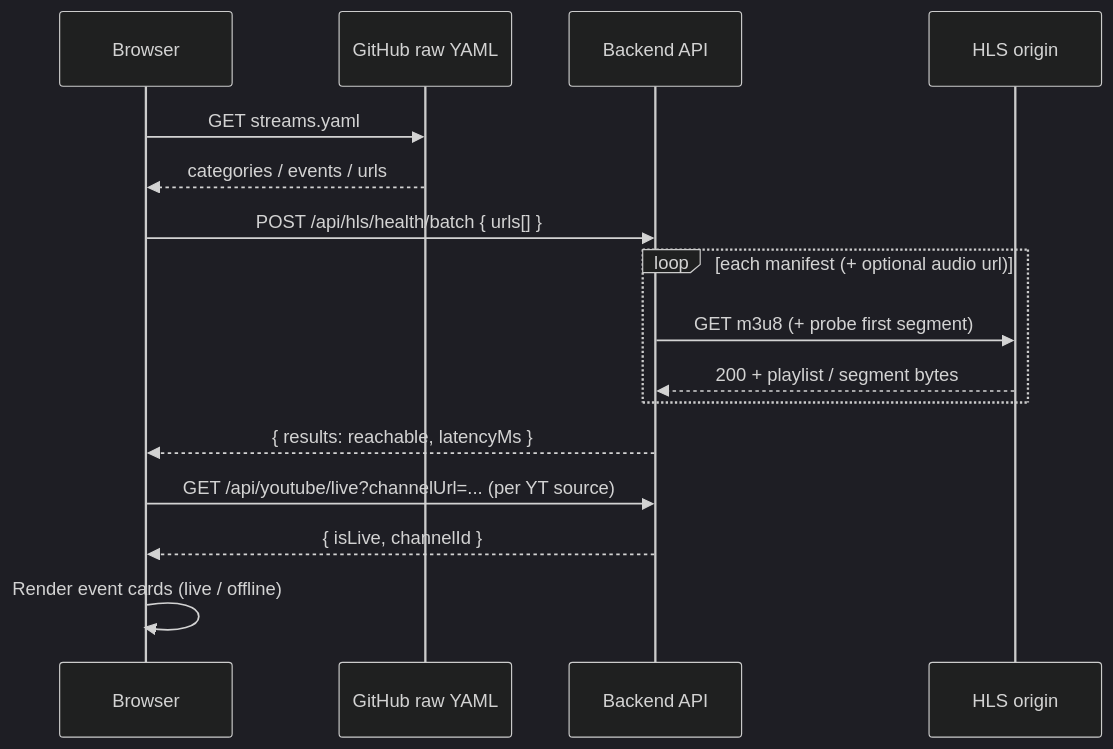
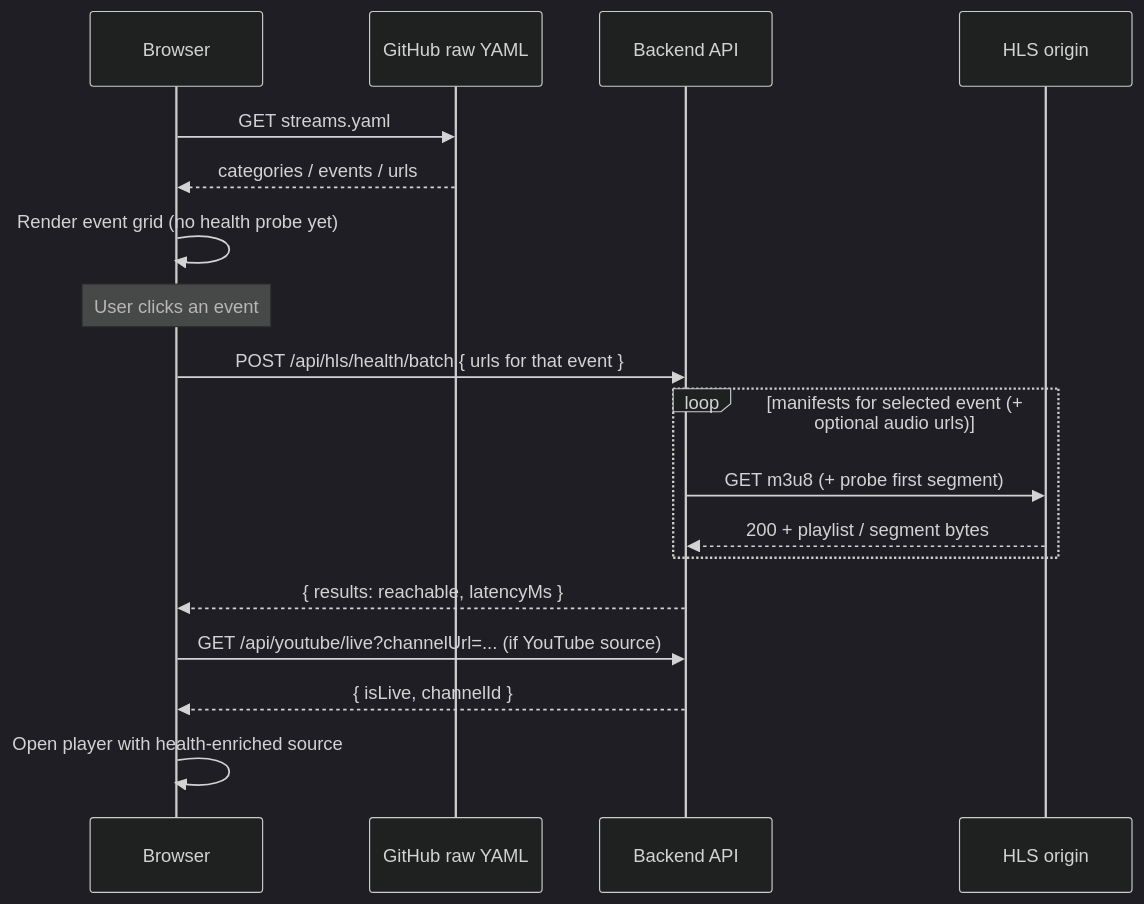
One commit to tejasvi-mehra/live-stream-aggregator changed the second of 3 diagrams in README.md. Above: the diagram before and after it, drawn with Mermaid (dark theme). The commit also changed other lines of this file and 2 other files, not shown here.

First line of the commit message:
docs: add live demo script and drop self-hosted ingest

````diff
--- a/README.md
+++ b/README.md
@@ -96,19 +100,21 @@
 ```mermaid
 sequenceDiagram
   participant Browser
   participant GitHub as GitHub raw YAML
   participant API as Backend API
   participant Origin as HLS origin
 
   Browser->>GitHub: GET streams.yaml
   GitHub-->>Browser: categories / events / urls
-  Browser->>API: POST /api/hls/health/batch { urls[] }
-  loop each manifest (+ optional audio url)
+  Browser->>Browser: Render event grid (no health probe yet)
+  Note over Browser: User clicks an event
+  Browser->>API: POST /api/hls/health/batch { urls for that event }
+  loop manifests for selected event (+ optional audio urls)
     API->>Origin: GET m3u8 (+ probe first segment)
     Origin-->>API: 200 + playlist / segment bytes
   end
   API-->>Browser: { results: reachable, latencyMs }
-  Browser->>API: GET /api/youtube/live?channelUrl=... (per YT source)
+  Browser->>API: GET /api/youtube/live?channelUrl=... (if YouTube source)
   API-->>Browser: { isLive, channelId }
-  Browser->>Browser: Render event cards (live / offline)
+  Browser->>Browser: Open player with health-enriched source
 ```
````
